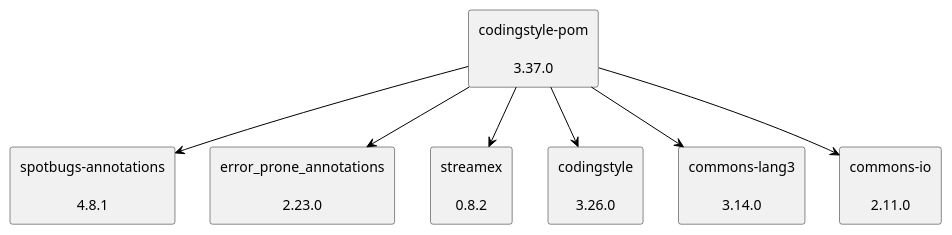
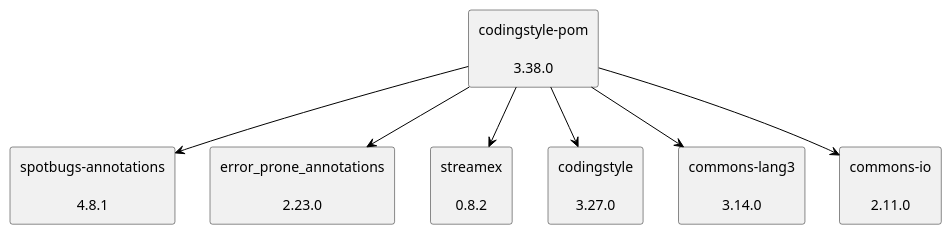
The diagram in doc/dependency-graph.puml (uhafner/codingstyle-pom), drawn with PlantUML before and after one commit.

Commit message:
Bump version of codingstyle to 3.27.0.

```diff
--- a/doc/dependency-graph.puml
+++ b/doc/dependency-graph.puml
@@ -1,22 +1,22 @@
 @startuml
 skinparam defaultTextAlignment center
 skinparam rectangle {
   BackgroundColor<<optional>> beige
   BackgroundColor<<test>> lightGreen
   BackgroundColor<<runtime>> lightBlue
   BackgroundColor<<provided>> lightGray
 }
-rectangle "codingstyle-pom\n\n3.37.0" as edu_hm_hafner_codingstyle_pom_pom
+rectangle "codingstyle-pom\n\n3.38.0" as edu_hm_hafner_codingstyle_pom_pom
 rectangle "spotbugs-annotations\n\n4.8.1" as com_github_spotbugs_spotbugs_annotations_jar
 rectangle "error_prone_annotations\n\n2.23.0" as com_google_errorprone_error_prone_annotations_jar
 rectangle "streamex\n\n0.8.2" as one_util_streamex_jar
-rectangle "codingstyle\n\n3.26.0" as edu_hm_hafner_codingstyle_jar
+rectangle "codingstyle\n\n3.27.0" as edu_hm_hafner_codingstyle_jar
 rectangle "commons-lang3\n\n3.14.0" as org_apache_commons_commons_lang3_jar
 rectangle "commons-io\n\n2.11.0" as commons_io_commons_io_jar
 edu_hm_hafner_codingstyle_pom_pom -[#000000]-> com_github_spotbugs_spotbugs_annotations_jar
 edu_hm_hafner_codingstyle_pom_pom -[#000000]-> com_google_errorprone_error_prone_annotations_jar
 edu_hm_hafner_codingstyle_pom_pom -[#000000]-> one_util_streamex_jar
 edu_hm_hafner_codingstyle_pom_pom -[#000000]-> edu_hm_hafner_codingstyle_jar
 edu_hm_hafner_codingstyle_pom_pom -[#000000]-> org_apache_commons_commons_lang3_jar
 edu_hm_hafner_codingstyle_pom_pom -[#000000]-> commons_io_commons_io_jar
 @enduml
```
